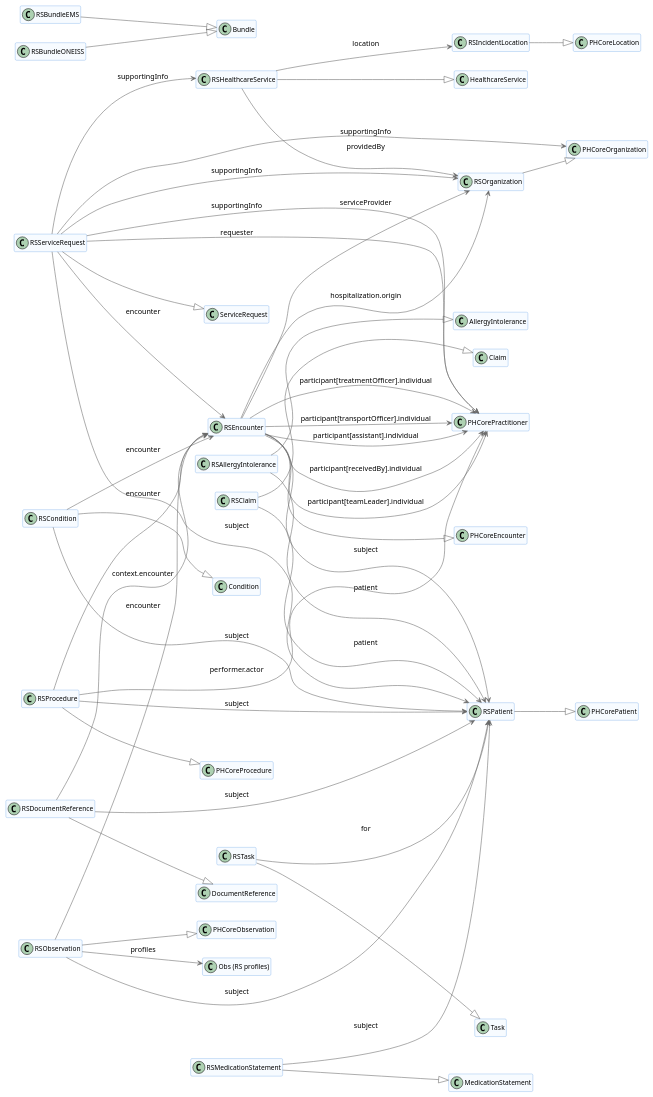
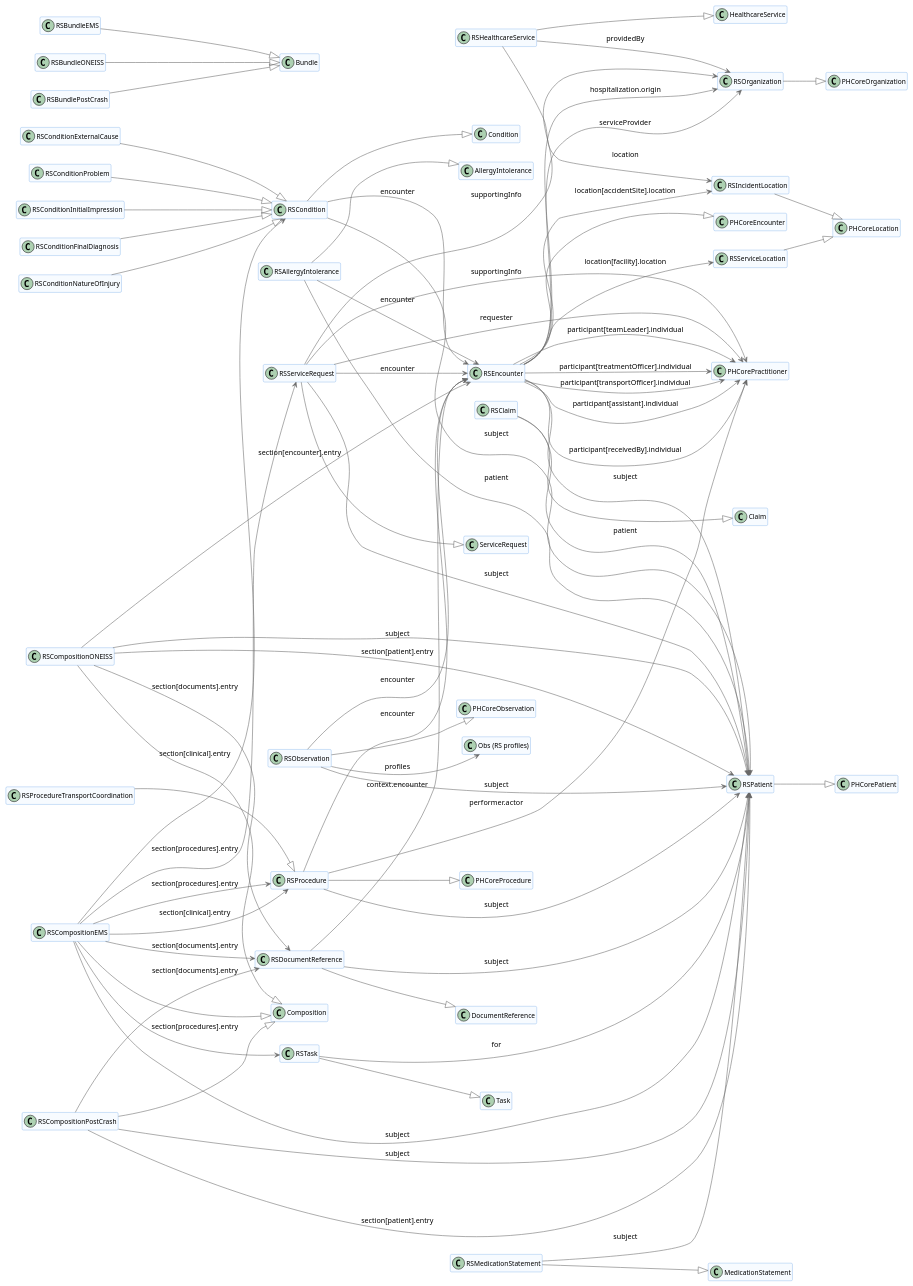
Before and after one commit to UPM-NTHC/PH-RoadSafetyIG: the diagram in input/images-source/fsh-relationships-simple.plantuml, drawn with PlantUML. The commit also changed 13 other files, not shown here.

```diff
--- a/input/images-source/fsh-relationships-simple.plantuml
+++ b/input/images-source/fsh-relationships-simple.plantuml
@@ -1,94 +1,132 @@
 @startuml
 skinparam ClassFontName Arial
 skinparam ClassFontSize 12
 skinparam ClassAttributeIconSize 0
 skinparam ClassBackgroundColor #F7FBFF
 skinparam ClassBorderColor #4A90E2
 skinparam ArrowColor #6A6A6A
 skinparam ArrowThickness 1
 hide members
 left to right direction
 
 class "RSAllergyIntolerance"
 class "AllergyIntolerance"
 class "RSPatient"
+class "RSEncounter"
+class "RSCompositionEMS"
+class "Composition"
+class "RSProcedure"
+class "RSCondition"
+class "RSDocumentReference"
+class "RSServiceRequest"
+class "RSTask"
 class "RSBundleEMS"
 class "Bundle"
+class "RSCompositionONEISS"
 class "RSBundleONEISS"
+class "RSCompositionPostCrash"
+class "RSBundlePostCrash"
 class "RSClaim"
 class "Claim"
-class "RSCondition"
 class "Condition"
-class "RSEncounter"
-class "RSDocumentReference"
+class "RSConditionProblem"
+class "RSConditionInitialImpression"
+class "RSConditionFinalDiagnosis"
+class "RSConditionNatureOfInjury"
+class "RSConditionExternalCause"
 class "DocumentReference"
 class "PHCoreEncounter"
 class "RSOrganization"
+class "RSIncidentLocation"
+class "RSServiceLocation"
 class "PHCorePractitioner"
-class "RSIncidentLocation"
 class "PHCoreLocation"
 class "RSMedicationStatement"
 class "MedicationStatement"
 class "RSObservation"
 class "PHCoreObservation"
 class "PHCoreOrganization"
 class "RSHealthcareService"
 class "HealthcareService"
 class "PHCorePatient"
-class "RSProcedure"
 class "PHCoreProcedure"
-class "RSServiceRequest"
+class "RSProcedureTransportCoordination"
 class "ServiceRequest"
-class "RSTask"
 class "Task"
 class "Obs (RS profiles)"
 
 "RSAllergyIntolerance" --> "RSPatient" : patient
+"RSAllergyIntolerance" --> "RSEncounter" : encounter
+"RSCompositionEMS" --> "RSPatient" : subject
+"RSCompositionEMS" --> "RSProcedure" : section[clinical].entry
+"RSCompositionEMS" --> "RSCondition" : section[clinical].entry
+"RSCompositionEMS" --> "RSDocumentReference" : section[documents].entry
+"RSCompositionEMS" --> "RSProcedure" : section[procedures].entry
+"RSCompositionEMS" --> "RSServiceRequest" : section[procedures].entry
+"RSCompositionEMS" --> "RSTask" : section[procedures].entry
+"RSCompositionONEISS" --> "RSPatient" : subject
+"RSCompositionONEISS" --> "RSPatient" : section[patient].entry
+"RSCompositionONEISS" --> "RSEncounter" : section[encounter].entry
+"RSCompositionONEISS" --> "RSDocumentReference" : section[documents].entry
+"RSCompositionPostCrash" --> "RSPatient" : subject
+"RSCompositionPostCrash" --> "RSPatient" : section[patient].entry
+"RSCompositionPostCrash" --> "RSDocumentReference" : section[documents].entry
 "RSClaim" --> "RSPatient" : patient
 "RSCondition" --> "RSPatient" : subject
 "RSCondition" --> "RSEncounter" : encounter
 "RSDocumentReference" --> "RSPatient" : subject
 "RSDocumentReference" --> "RSEncounter" : context.encounter
 "RSEncounter" --> "RSPatient" : subject
 "RSEncounter" --> "RSOrganization" : serviceProvider
+"RSEncounter" --> "RSIncidentLocation" : location[accidentSite].location
+"RSEncounter" --> "RSServiceLocation" : location[facility].location
 "RSEncounter" --> "RSOrganization" : hospitalization.origin
 "RSEncounter" --> "PHCorePractitioner" : participant[receivedBy].individual
 "RSEncounter" --> "PHCorePractitioner" : participant[teamLeader].individual
 "RSEncounter" --> "PHCorePractitioner" : participant[treatmentOfficer].individual
 "RSEncounter" --> "PHCorePractitioner" : participant[transportOfficer].individual
 "RSEncounter" --> "PHCorePractitioner" : participant[assistant].individual
 "RSMedicationStatement" --> "RSPatient" : subject
 "RSObservation" --> "RSPatient" : subject
 "RSObservation" --> "RSEncounter" : encounter
 "RSHealthcareService" --> "RSOrganization" : providedBy
 "RSHealthcareService" --> "RSIncidentLocation" : location
 "RSProcedure" --> "RSPatient" : subject
 "RSProcedure" --> "RSEncounter" : encounter
 "RSProcedure" --> "PHCorePractitioner" : performer.actor
-"RSServiceRequest" --> "RSHealthcareService" : supportingInfo
 "RSServiceRequest" --> "RSOrganization" : supportingInfo
-"RSServiceRequest" --> "PHCoreOrganization" : supportingInfo
 "RSServiceRequest" --> "PHCorePractitioner" : supportingInfo
 "RSServiceRequest" --> "PHCorePractitioner" : requester
 "RSServiceRequest" --> "RSPatient" : subject
 "RSServiceRequest" --> "RSEncounter" : encounter
 "RSTask" --> "RSPatient" : for
 "RSObservation" --> "Obs (RS profiles)" : profiles
 "RSAllergyIntolerance" --|> "AllergyIntolerance"
+"RSCompositionEMS" --|> "Composition"
 "RSBundleEMS" --|> "Bundle"
+"RSCompositionONEISS" --|> "Composition"
 "RSBundleONEISS" --|> "Bundle"
+"RSCompositionPostCrash" --|> "Composition"
+"RSBundlePostCrash" --|> "Bundle"
 "RSClaim" --|> "Claim"
 "RSCondition" --|> "Condition"
+"RSConditionProblem" --|> "RSCondition"
+"RSConditionInitialImpression" --|> "RSCondition"
+"RSConditionFinalDiagnosis" --|> "RSCondition"
+"RSConditionNatureOfInjury" --|> "RSCondition"
+"RSConditionExternalCause" --|> "RSCondition"
 "RSDocumentReference" --|> "DocumentReference"
 "RSEncounter" --|> "PHCoreEncounter"
 "RSIncidentLocation" --|> "PHCoreLocation"
+"RSServiceLocation" --|> "PHCoreLocation"
 "RSMedicationStatement" --|> "MedicationStatement"
 "RSObservation" --|> "PHCoreObservation"
 "RSOrganization" --|> "PHCoreOrganization"
 "RSHealthcareService" --|> "HealthcareService"
 "RSPatient" --|> "PHCorePatient"
 "RSProcedure" --|> "PHCoreProcedure"
+"RSProcedureTransportCoordination" --|> "RSProcedure"
 "RSServiceRequest" --|> "ServiceRequest"
 "RSTask" --|> "Task"
 
 @enduml
```
